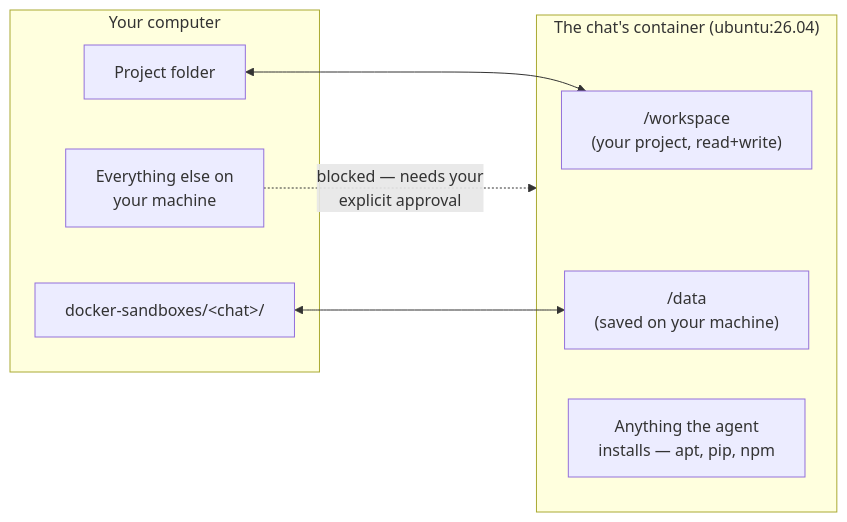
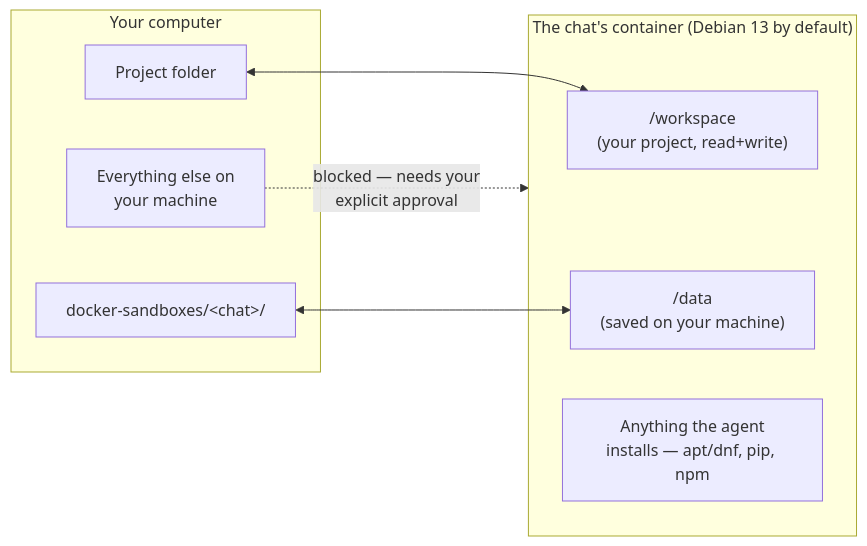
The fourth of 5 diagrams in docs/USER_GUIDE.md (ibehren1/bedrock-engineer-rust), drawn with Mermaid before and after one commit. The commit also changed other lines of this file and 29 other files, not shown here.

````diff
--- a/docs/USER_GUIDE.md
+++ b/docs/USER_GUIDE.md
@@ -1203,16 +1207,16 @@
 ```mermaid
 flowchart LR
   subgraph Your["Your computer"]
     P["Project folder"]
     D["docker-sandboxes/&lt;chat&gt;/"]
     H["Everything else on<br/>your machine"]
   end
-  subgraph C["The chat's container (ubuntu:26.04)"]
+  subgraph C["The chat's container (Debian 13 by default)"]
     WS["/workspace<br/>(your project, read+write)"]
     DATA["/data<br/>(saved on your machine)"]
-    PKG["Anything the agent<br/>installs — apt, pip, npm"]
+    PKG["Anything the agent<br/>installs — apt/dnf, pip, npm"]
   end
   P <--> WS
   D <--> DATA
   H -.->|"blocked — needs your<br/>explicit approval"| C
 ```
````
